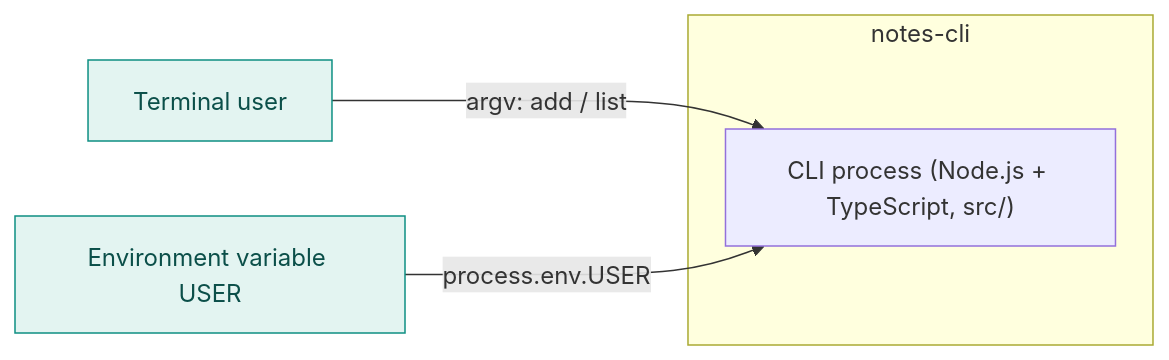
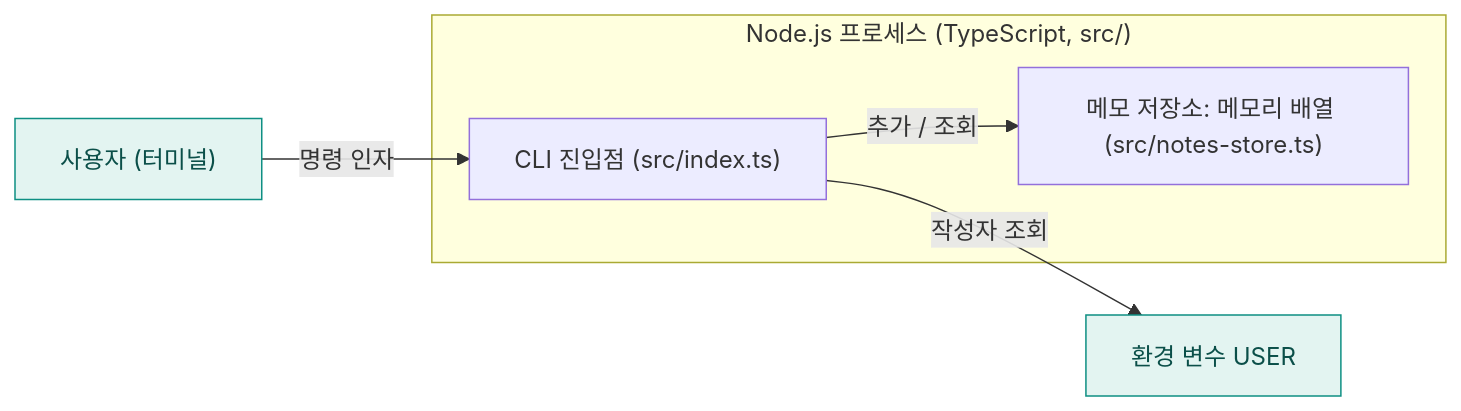
The second of 3 diagrams in examples/ts-notes-cli/docs/codemap/architecture.md (hxxnn/codemap), drawn with Mermaid before and after one commit. The commit also changed other lines of this file and 44 other files, not shown here.

````diff
--- a/examples/ts-notes-cli/docs/codemap/architecture.md
+++ b/examples/ts-notes-cli/docs/codemap/architecture.md
@@ -30,11 +31,13 @@
 ```mermaid
 flowchart LR
-  u["Terminal user"]:::external
-  env["Environment variable USER"]:::external
-  subgraph sys["notes-cli"]
-    cli["CLI process (Node.js + TypeScript, src/)"]
+  user["사용자 (터미널)"]:::external
+  subgraph proc["Node.js 프로세스 (TypeScript, src/)"]
+    entry["CLI 진입점 (src/index.ts)"]
+    mem["메모 저장소: 메모리 배열 (src/notes-store.ts)"]
   end
-  u -->|"argv: add / list"| cli
-  env -->|"process.env.USER"| cli
+  env["환경 변수 USER"]:::external
+  user -->|"명령 인자"| entry
+  entry -->|"추가 / 조회"| mem
+  entry -->|"작성자 조회"| env
   classDef external fill:#E3F4F1,stroke:#0E8F83,color:#0B4F49
 ```
````
